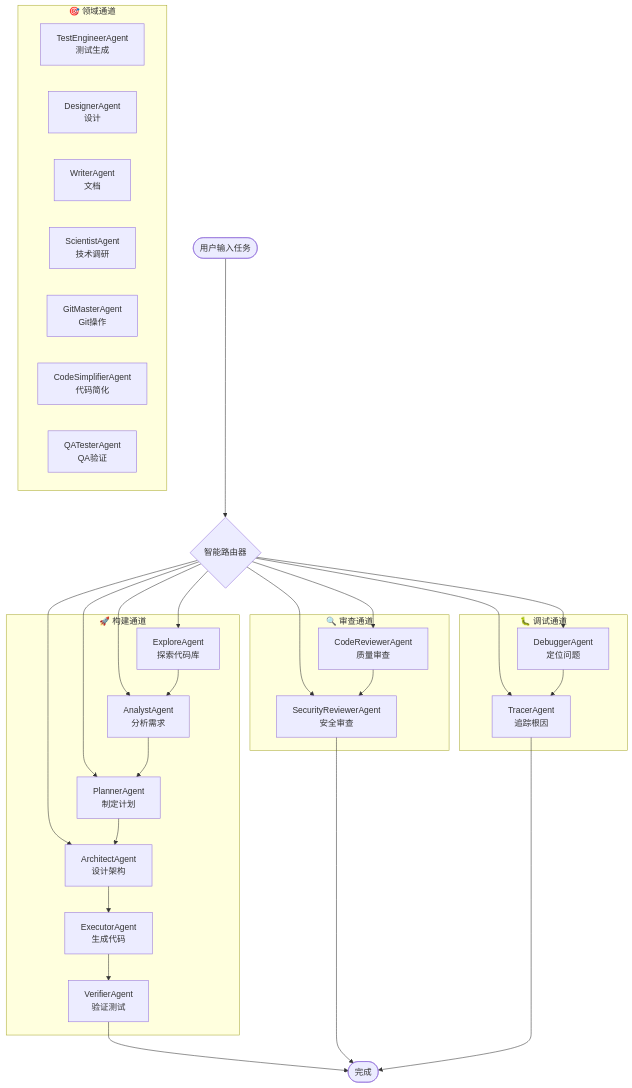
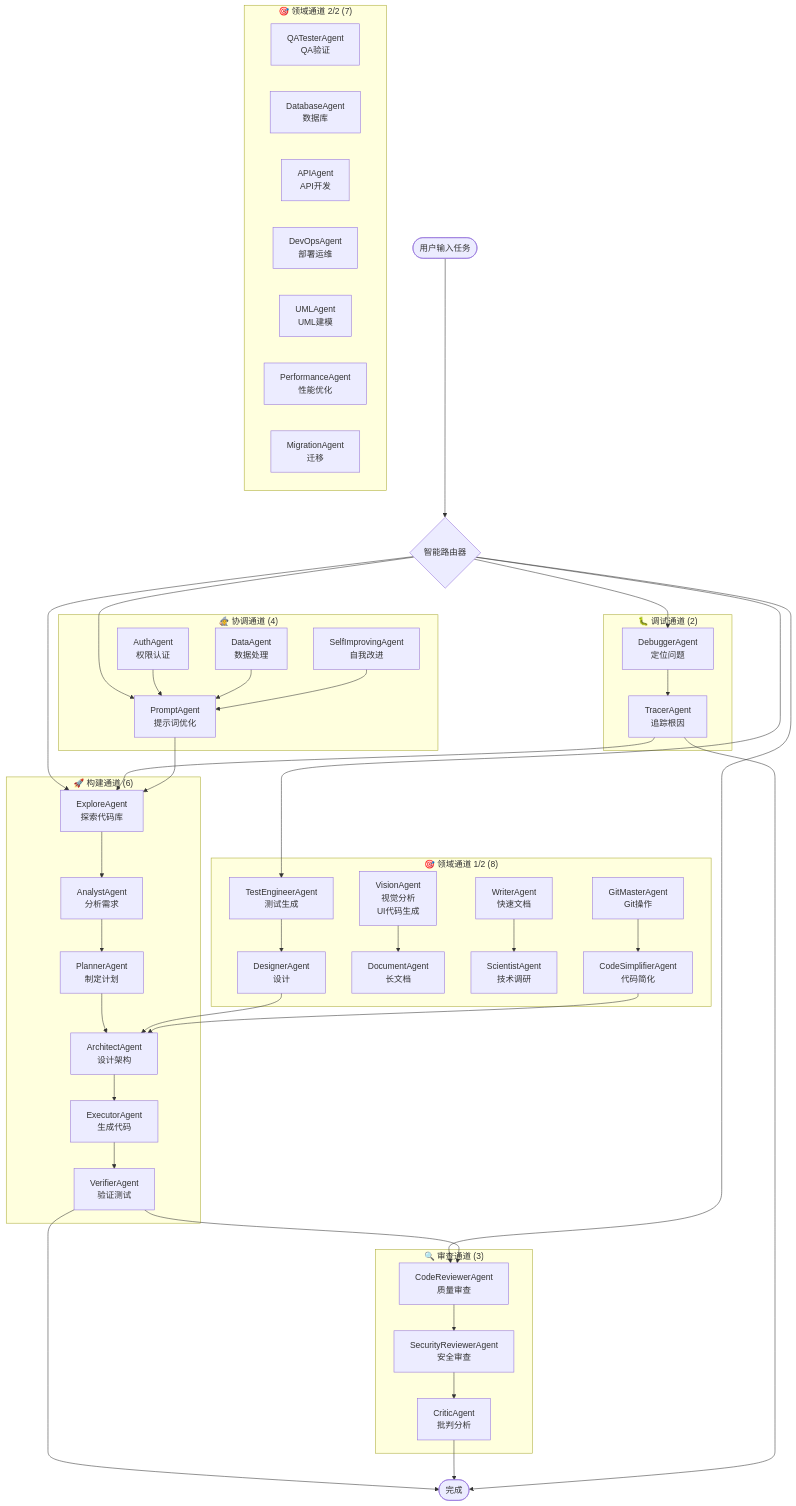
One commit to VOBC/oh-my-coder changed the diagram in README.md. Above: the diagram before and after it, drawn with Mermaid. The commit also changed other lines of this file, not shown here.

````diff
--- a/README.md
+++ b/README.md
@@ -336,7 +401,7 @@
     User([用户输入任务])
     Router{智能路由器}
 
-    subgraph Build["🚀 构建通道"]
+    subgraph Build["🚀 构建通道 (6)"]
         E[ExploreAgent<br/>探索代码库]
         A[AnalystAgent<br/>分析需求]
         P[PlannerAgent<br/>制定计划]
@@ -345,46 +410,91 @@
         V[VerifierAgent<br/>验证测试]
     end
 
-    subgraph Review["🔍 审查通道"]
+    subgraph Review["🔍 审查通道 (3)"]
         CR[CodeReviewerAgent<br/>质量审查]
         SR[SecurityReviewerAgent<br/>安全审查]
+        CT[CriticAgent<br/>批判分析]
     end
 
-    subgraph Debug["🐛 调试通道"]
+    subgraph Debug["🐛 调试通道 (2)"]
         DB[DebuggerAgent<br/>定位问题]
         TR[TracerAgent<br/>追踪根因]
     end
 
-    subgraph Domain["🎯 领域通道"]
+    subgraph Domain1["🎯 领域通道 1/2 (8)"]
         TE[TestEngineerAgent<br/>测试生成]
         DS[DesignerAgent<br/>设计]
-        WT[WriterAgent<br/>文档]
+        VI[VisionAgent<br/>视觉分析<br/>UI代码生成]
+        DC[DocumentAgent<br/>长文档]
+        WT[WriterAgent<br/>快速文档]
         SC[ScientistAgent<br/>技术调研]
         GM[GitMasterAgent<br/>Git操作]
         CS[CodeSimplifierAgent<br/>代码简化]
+    end
+
+    subgraph Domain2["🎯 领域通道 2/2 (7)"]
         QA[QATesterAgent<br/>QA验证]
+        DB2[DatabaseAgent<br/>数据库]
+        API[APIAgent<br/>API开发]
+        DO[DevOpsAgent<br/>部署运维]
+        UML[UMLAgent<br/>UML建模]
+        PF[PerformanceAgent<br/>性能优化]
+        MG[MigrationAgent<br/>迁移]
+    end
+
+    subgraph Wizard["🧙 协调通道 (4)"]
+        PM[PromptAgent<br/>提示词优化]
+        AU[AuthAgent<br/>权限认证]
+        DA[DataAgent<br/>数据处理]
+        SI[SelfImprovingAgent<br/>自我改进]
     end
 
     User --> Router
+
+    %% Router 连接到各通道入口 Agent
     Router --> E
-    Router --> A
-    Router --> P
-    Router --> AR
     Router --> CR
-    Router --> SR
     Router --> DB
-    Router --> TR
+    Router --> TE
+    Router --> PM
 
+    %% 构建通道流程
     E --> A
     A --> P
     P --> AR
     AR --> EX
     EX --> V
 
+    %% 审查通道
+    CR --> SR
+    SR --> CT
+
+    %% 调试通道
     DB --> TR
-    CR --> SR
+
+    %% 领域通道内部连接
+    TE --> DS
+    VI --> DC
+    WT --> SC
+    GM --> CS
+
+    %% 领域通道 → 构建通道
+    DS --> AR
+    CS --> AR
+
+    %% 构建通道 → 审查通道
+    V --> CR
+
+    %% 调试通道 → 构建通道
+    TR --> E
+
+    %% 协调通道连接
+    PM --> E
+    AU --> PM
+    DA --> PM
+    SI --> PM
 
     V --> Result([完成])
-    SR --> Result
+    CT --> Result
     TR --> Result
 ```
````
